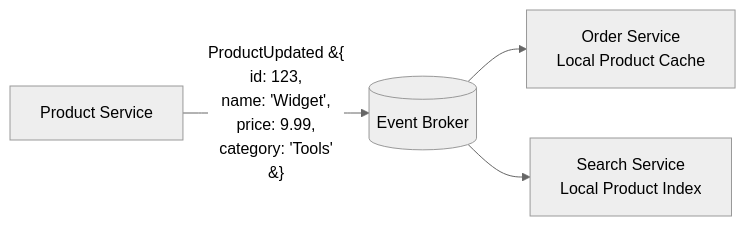
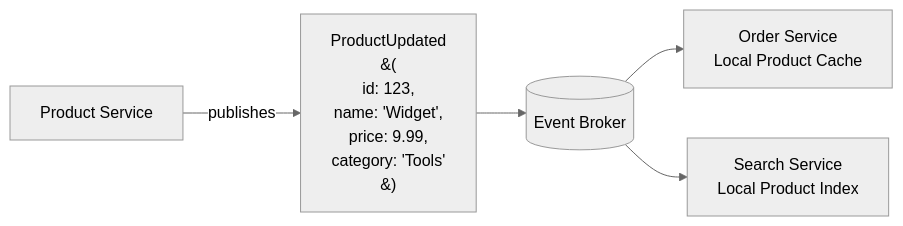
Before and after one commit to vladiant/vladiant: the sixth of 12 diagrams in software_architecture/08_service_communication_data_sharing.md, drawn with Mermaid (neutral theme). The commit also changed other lines of this file and 2 other files, not shown here.

Commit message:
Fix mermaid renderings

````diff
--- a/software_architecture/08_service_communication_data_sharing.md
+++ b/software_architecture/08_service_communication_data_sharing.md
@@ -135,6 +136,7 @@
 ```mermaid
 graph LR
-    PS[Product Service] -- "ProductUpdated &#123;<br/>id: 123,<br/>name: 'Widget',<br/>price: 9.99,<br/>category: 'Tools'<br/>&#125;" --> BROKER[(Event Broker)]
+    PS[Product Service] -- publishes --> EVT["ProductUpdated<br/>&#40;<br/>id: 123,<br/>name: 'Widget',<br/>price: 9.99,<br/>category: 'Tools'<br/>&#41;"]
+    EVT --> BROKER[(Event Broker)]
     BROKER --> OS[Order Service<br/>Local Product Cache]
     BROKER --> SEARCH[Search Service<br/>Local Product Index]
 ```
````
